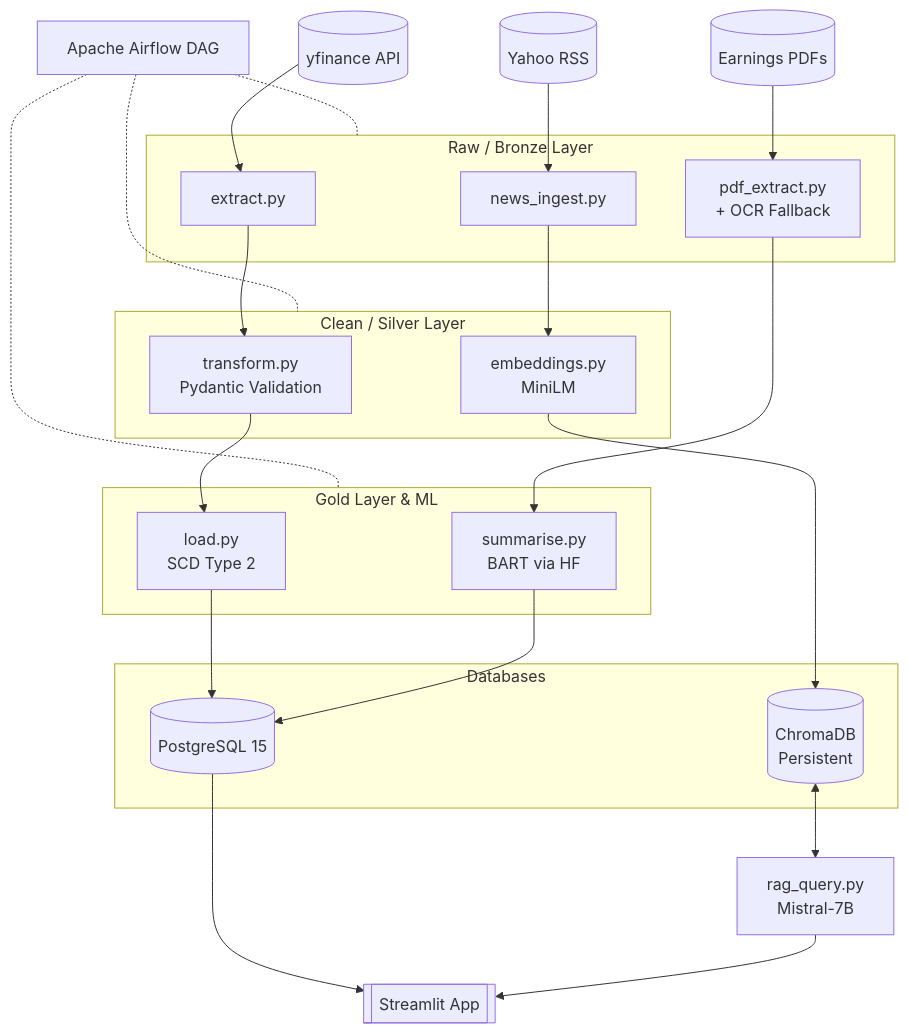
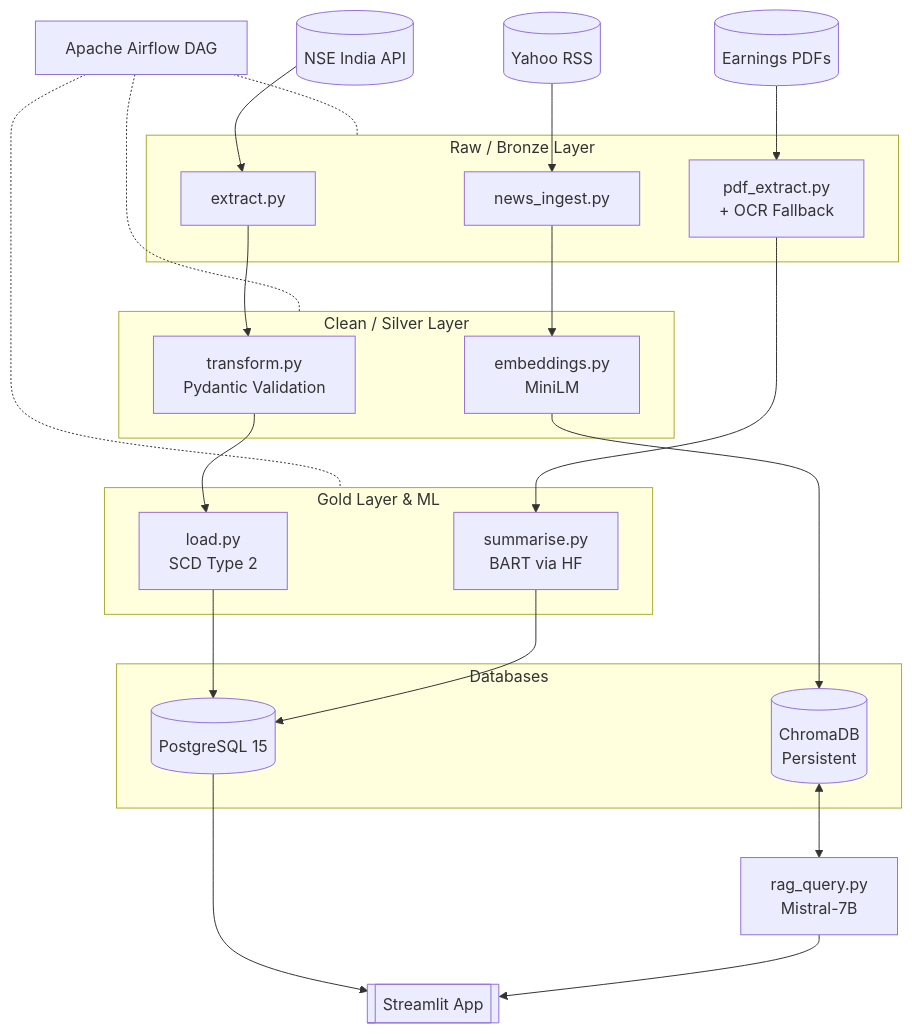
The diagram in README.md (Aryan0906/NSE_Data_Analysising), drawn with Mermaid before and after one commit. The commit also changed 7 other files, not shown here.

Commit message:
refactor: Update documentation and code to use official NSE India API for data extraction

````diff
--- a/README.md
+++ b/README.md
@@ -7,62 +7,62 @@
 ```mermaid
 flowchart TD
     %% Data Sources
-    YF[(yfinance API)]
+    NSE[(NSE India API)]
     RSS[(Yahoo RSS)]
     PDF[(Earnings PDFs)]
 
     %% Orchestration
     Airflow[Apache Airflow DAG]
 
     %% Ingestion Layer
     subgraph Bronze [Raw / Bronze Layer]
         Ex[extract.py]
         News[news_ingest.py]
         PDFEx[pdf_extract.py\n+ OCR Fallback]
     end
 
     %% Transformation Layer
     subgraph Silver [Clean / Silver Layer]
         Tx[transform.py\nPydantic Validation]
         Emb[embeddings.py\nMiniLM]
     end
 
     %% Storage Layer
     subgraph Storage [Databases]
         PG[(PostgreSQL 15)]
         VDB[(ChromaDB\nPersistent)]
     end
 
     %% Gold & ML Layer
     subgraph Gold [Gold Layer & ML]
         Ld[load.py\nSCD Type 2]
         Sum[summarise.py\nBART via HF]
     end
 
     %% Frontend UI
     UI[[Streamlit App]]
     RAG[rag_query.py\nMistral-7B]
 
     %% Edges
-    YF --> Ex
+    NSE --> Ex
     RSS --> News
     PDF --> PDFEx
 
     Ex --> Tx
     Tx --> Ld
     Ld --> PG
 
     News --> Emb
     Emb --> VDB
     VDB <--> RAG
 
     PDFEx --> Sum
     Sum --> PG
 
     PG --> UI
     RAG --> UI
     
     Airflow -.- Bronze
     Airflow -.- Silver
     Airflow -.- Gold
 ```
````
